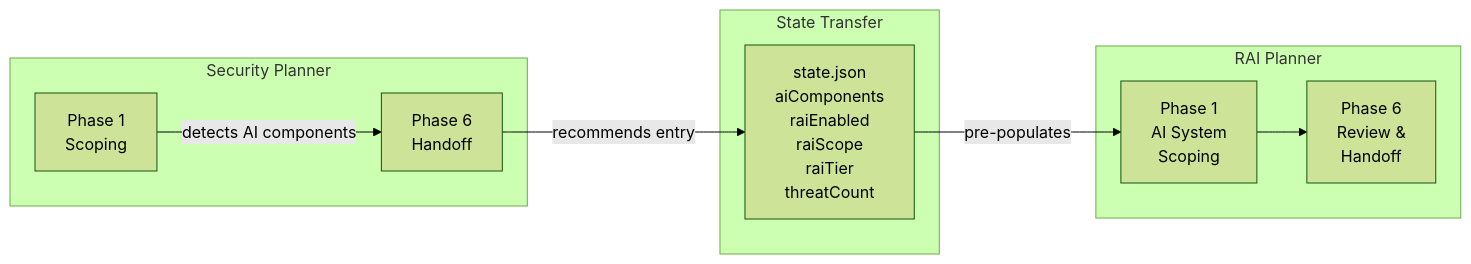
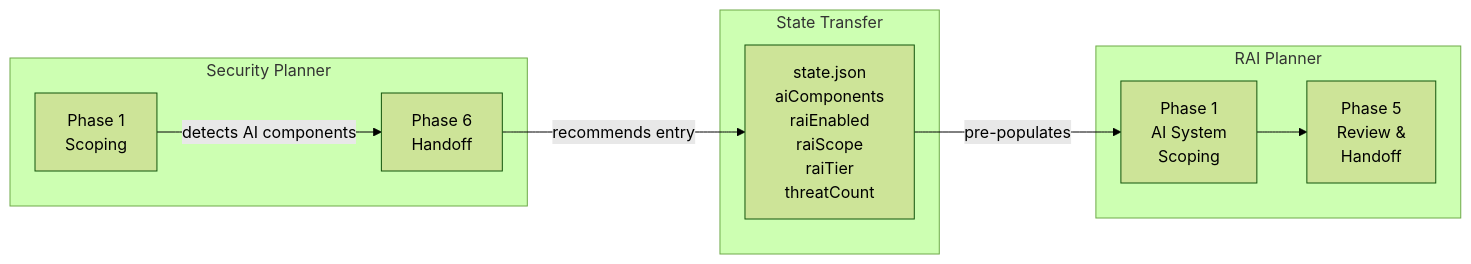
The first of 2 diagrams in docs/agents/rai-planning/handoff-pipeline.md (microsoft/hve-core), drawn with Mermaid (forest theme) before and after one commit. The commit also changed other lines of this file and 37 other files, not shown here.

````diff
--- a/docs/agents/rai-planning/handoff-pipeline.md
+++ b/docs/agents/rai-planning/handoff-pipeline.md
@@ -26,21 +26,20 @@
 ```mermaid
 flowchart LR
   subgraph SP ["Security Planner"]
     SP1["Phase 1\nScoping"]
     SP6["Phase 6\nHandoff"]
     SP1 -->|"detects AI components"| SP6
   end
 
   subgraph Handoff ["State Transfer"]
     ST["state.json\naiComponents\nraiEnabled\nraiScope\nraiTier\nthreatCount"]
   end
 
   subgraph RP ["RAI Planner"]
     RP1["Phase 1\nAI System\nScoping"]
-    RP6["Phase 6\nReview &<br/>Handoff"]
-    RP1 --> RP6
+    RP5["Phase 5\nReview &<br/>Handoff"]
+    RP1 --> RP5
   end
-
   SP6 -->|"recommends entry"| ST
   ST -->|"pre-populates"| RP1
 ```
````
